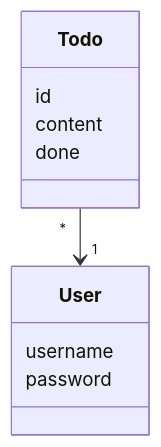
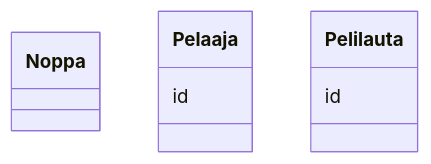
Before and after one commit to MiikaMatias/ot-harjoitustyo: the diagram in laskarit/viikko3/test.md, drawn with Mermaid.

````diff
--- a/laskarit/viikko3/test.md
+++ b/laskarit/viikko3/test.md
@@ -5,13 +5,11 @@
 ```mermaid
  classDiagram
-      Todo "*" --> "1" User
-      class User{
-          username
-          password
+      class Noppa{
       }
-      class Todo{
+      class Pelaaja{
           id
-          content
-          done
+      }
+      class Pelilauta{
+        id
       }
 ```
````
